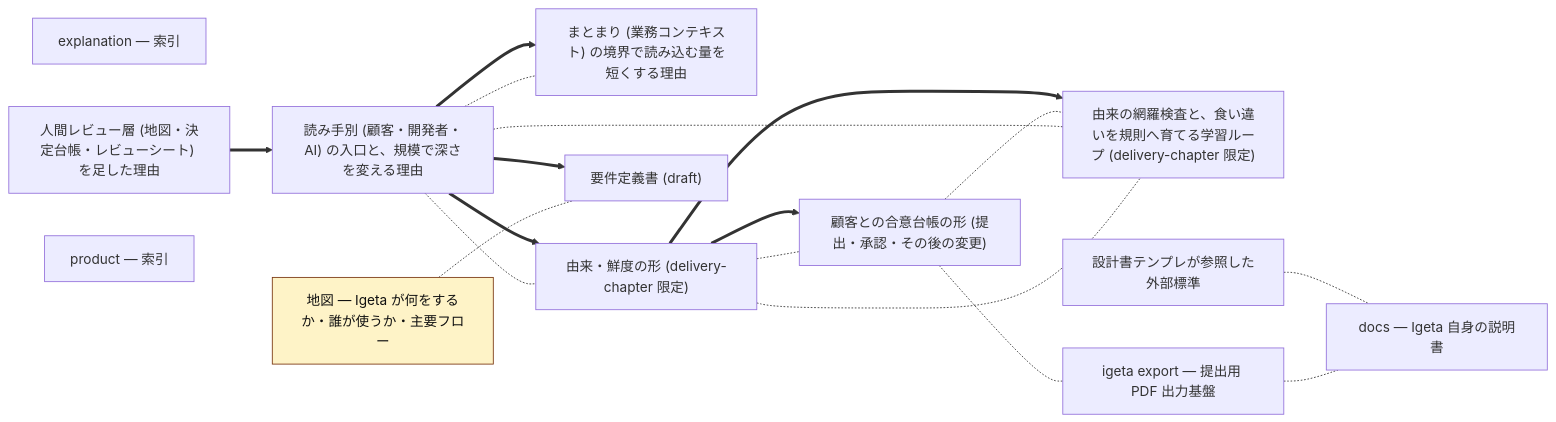
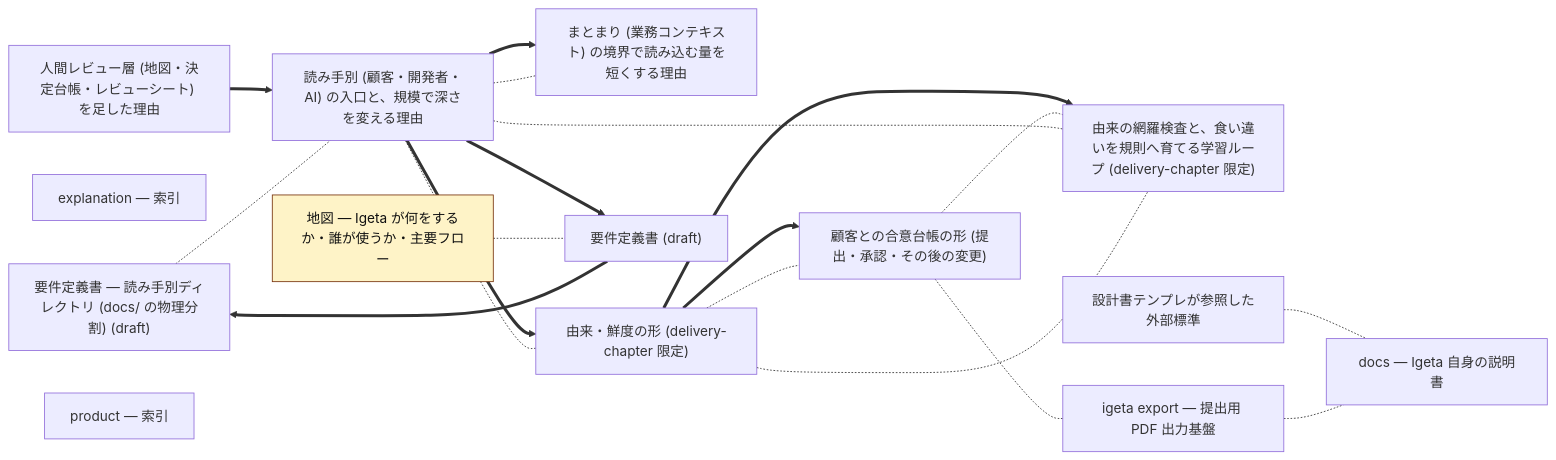
Before and after one commit to SakakitaniJunya/Igeta: the diagram in docs/dependencies.md, drawn with Mermaid. The commit also changed other lines of this file and 3 other files, not shown here.

````diff
--- a/docs/dependencies.md
+++ b/docs/dependencies.md
@@ -12,56 +12,60 @@
 ```mermaid
 graph LR
   classDef standard fill:#fde68a,stroke:#92400e,color:#111
   classDef architecture fill:#bfdbfe,stroke:#1e3a8a,color:#111
   classDef strategy fill:#fbcfe8,stroke:#9d174d,color:#111
   classDef prd fill:#bbf7d0,stroke:#065f46,color:#111
   classDef business fill:#a7f3d0,stroke:#064e3b,color:#111
   classDef adr fill:#c7d2fe,stroke:#3730a3,color:#111
   classDef runbook fill:#fecaca,stroke:#7f1d1d,color:#111
   classDef guide fill:#e9d5ff,stroke:#581c87,color:#111
   classDef design fill:#ddd6fe,stroke:#6d28d9,color:#111
   classDef map fill:#fef3c7,stroke:#78350f,color:#111
   classDef decision_log fill:#fee2e2,stroke:#7f1d1d,color:#111
   agreement-ledger["顧客との合意台帳の形 (提出・承認・その後の変更)"]
   class agreement-ledger explanation
+  audience-directories["要件定義書 — 読み手別ディレクトリ (docs/ の物理分割) (draft)"]
+  class audience-directories product
   audience-layers["読み手別 (顧客・開発者・AI) の入口と、規模で深さを変える理由"]
   class audience-layers explanation
   context-boundaries["まとまり (業務コンテキスト) の境界で読み込む量を短くする理由"]
   class context-boundaries explanation
   coverage-and-learning["由来の網羅検査と、食い違いを規則へ育てる学習ループ (delivery-chapter 限定)"]
   class coverage-and-learning explanation
   design-doc-standards["設計書テンプレが参照した外部標準"]
   class design-doc-standards explanation
   docs-index["docs — Igeta 自身の説明書"]
   class docs-index index
   explanation-index["explanation — 索引"]
   class explanation-index index
   export-deliverable["igeta export — 提出用 PDF 出力基盤"]
   class export-deliverable explanation
   human-review-layer["人間レビュー層 (地図・決定台帳・レビューシート) を足した理由"]
   class human-review-layer explanation
   map["地図 — Igeta が何をするか・誰が使うか・主要フロー"]
   class map map
   product-index["product — 索引"]
   class product-index index
   provenance-and-agreement["由来・鮮度の形 (delivery-chapter 限定)"]
   class provenance-and-agreement explanation
   requirements["要件定義書 (draft)"]
   class requirements product
   provenance-and-agreement ==> agreement-ledger
+  requirements ==> audience-directories
   human-review-layer ==> audience-layers
   audience-layers ==> context-boundaries
   provenance-and-agreement ==> coverage-and-learning
   audience-layers ==> provenance-and-agreement
   audience-layers ==> requirements
   agreement-ledger -.- coverage-and-learning
   agreement-ledger -.- export-deliverable
+  audience-directories -.- audience-layers
   audience-layers -.- provenance-and-agreement
   audience-layers -.- coverage-and-learning
   audience-layers -.- context-boundaries
   design-doc-standards -.- docs-index
   export-deliverable -.- docs-index
   map -.- requirements
   provenance-and-agreement -.- coverage-and-learning
   provenance-and-agreement -.- agreement-ledger
 ```
````
